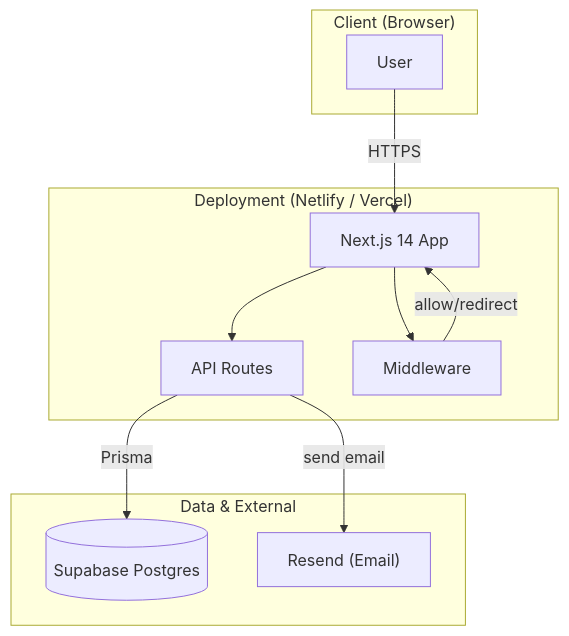
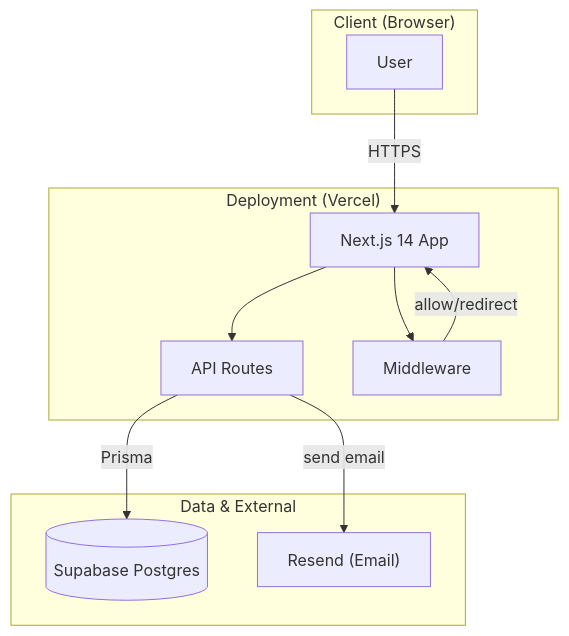
Before and after one commit to shimonlazimi24/PAZATSTA: the first of 10 diagrams in docs/ARCHITECTURE-FLOWCHART.md, drawn with Mermaid. The commit also changed other lines of this file and 18 other files, not shown here.

````diff
--- a/docs/ARCHITECTURE-FLOWCHART.md
+++ b/docs/ARCHITECTURE-FLOWCHART.md
@@ -9,24 +9,24 @@
 ```mermaid
 flowchart TB
   subgraph Client["Client (Browser)"]
     User[User]
   end
 
-  subgraph Host["Deployment (Netlify / Vercel)"]
+  subgraph Host["Deployment (Vercel)"]
     Next["Next.js 14 App"]
     API["API Routes"]
     MW["Middleware"]
     Next --> API
     Next --> MW
   end
 
   subgraph Data["Data & External"]
     DB[(Supabase Postgres)]
     Resend["Resend (Email)"]
   end
 
   User -->|HTTPS| Next
   MW -->|allow/redirect| Next
   API -->|Prisma| DB
   API -->|send email| Resend
 ```
````
